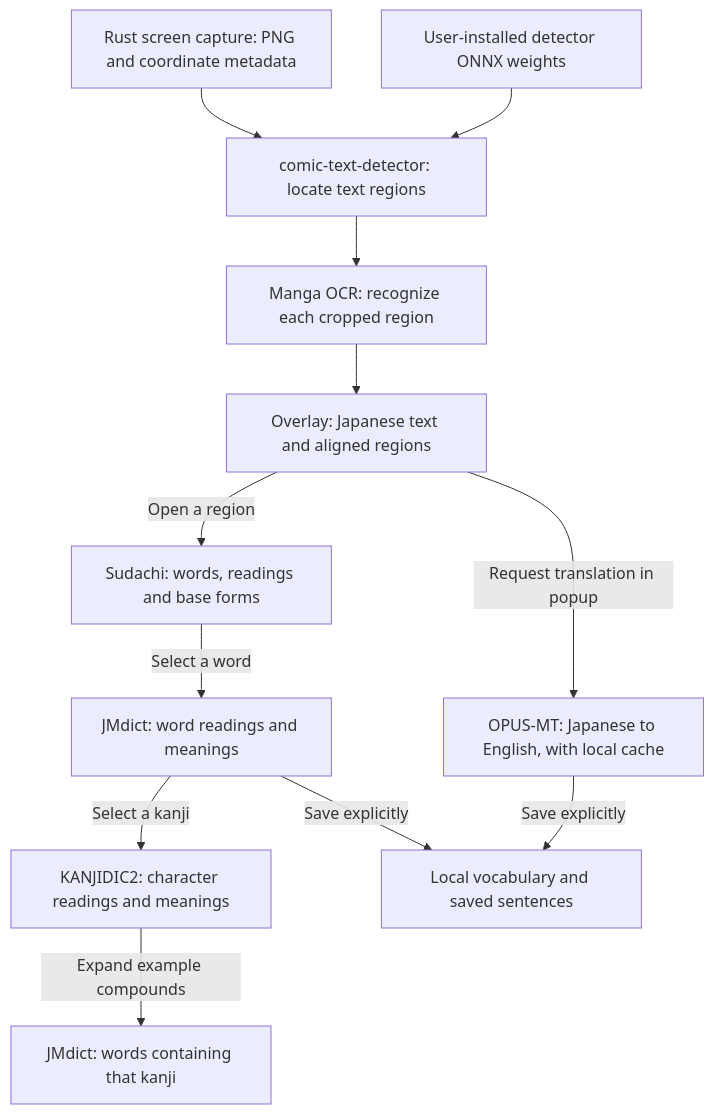
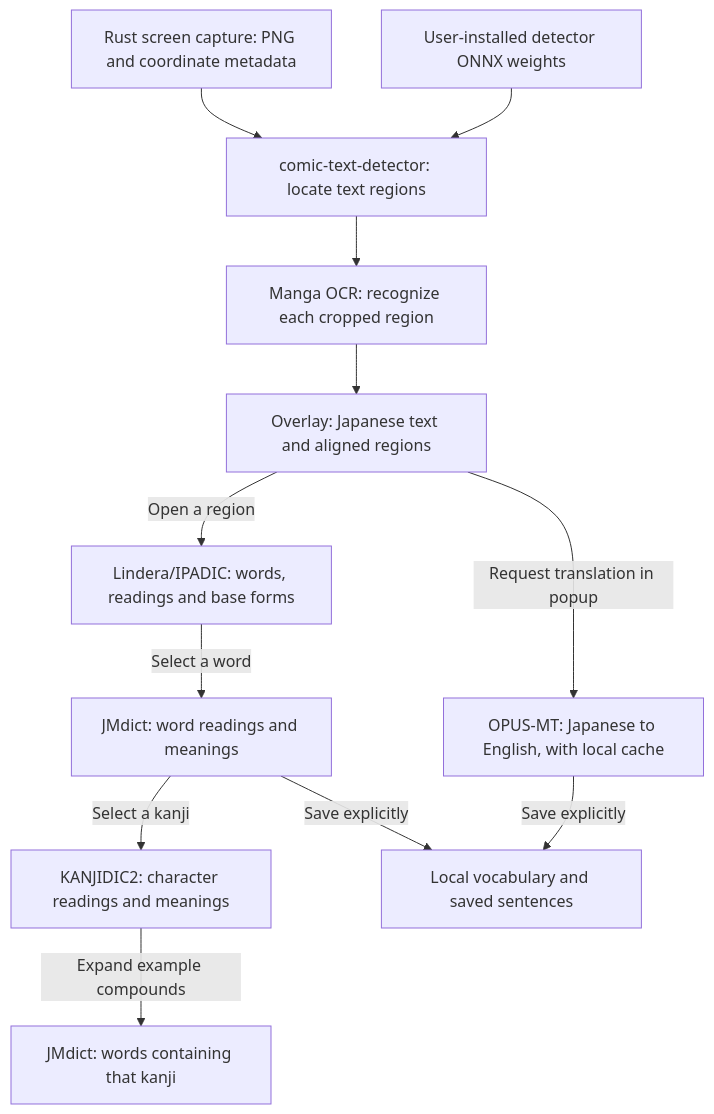
Before and after one commit to chonnakanch/yomimado: the diagram in docs/app-resources.md, drawn with Mermaid. The commit also changed other lines of this file and 49 other files, not shown here.

````diff
--- a/docs/app-resources.md
+++ b/docs/app-resources.md
@@ -13,14 +14,14 @@
 ```mermaid
 flowchart TD
     Capture["Rust screen capture: PNG and coordinate metadata"] --> Detect["comic-text-detector: locate text regions"]
     Weights["User-installed detector ONNX weights"] --> Detect
     Detect --> Recognize["Manga OCR: recognize each cropped region"]
     Recognize --> Overlay["Overlay: Japanese text and aligned regions"]
-    Overlay -->|Open a region| Analyze["Sudachi: words, readings and base forms"]
+    Overlay -->|Open a region| Analyze["Lindera/IPADIC: words, readings and base forms"]
     Analyze -->|Select a word| Word["JMdict: word readings and meanings"]
     Word -->|Select a kanji| Kanji["KANJIDIC2: character readings and meanings"]
     Kanji -->|Expand example compounds| Examples["JMdict: words containing that kanji"]
     Overlay -->|Request translation in popup| Translate["OPUS-MT: Japanese to English, with local cache"]
     Word -->|Save explicitly| Saved["Local vocabulary and saved sentences"]
     Translate -->|Save explicitly| Saved
 ```
````
